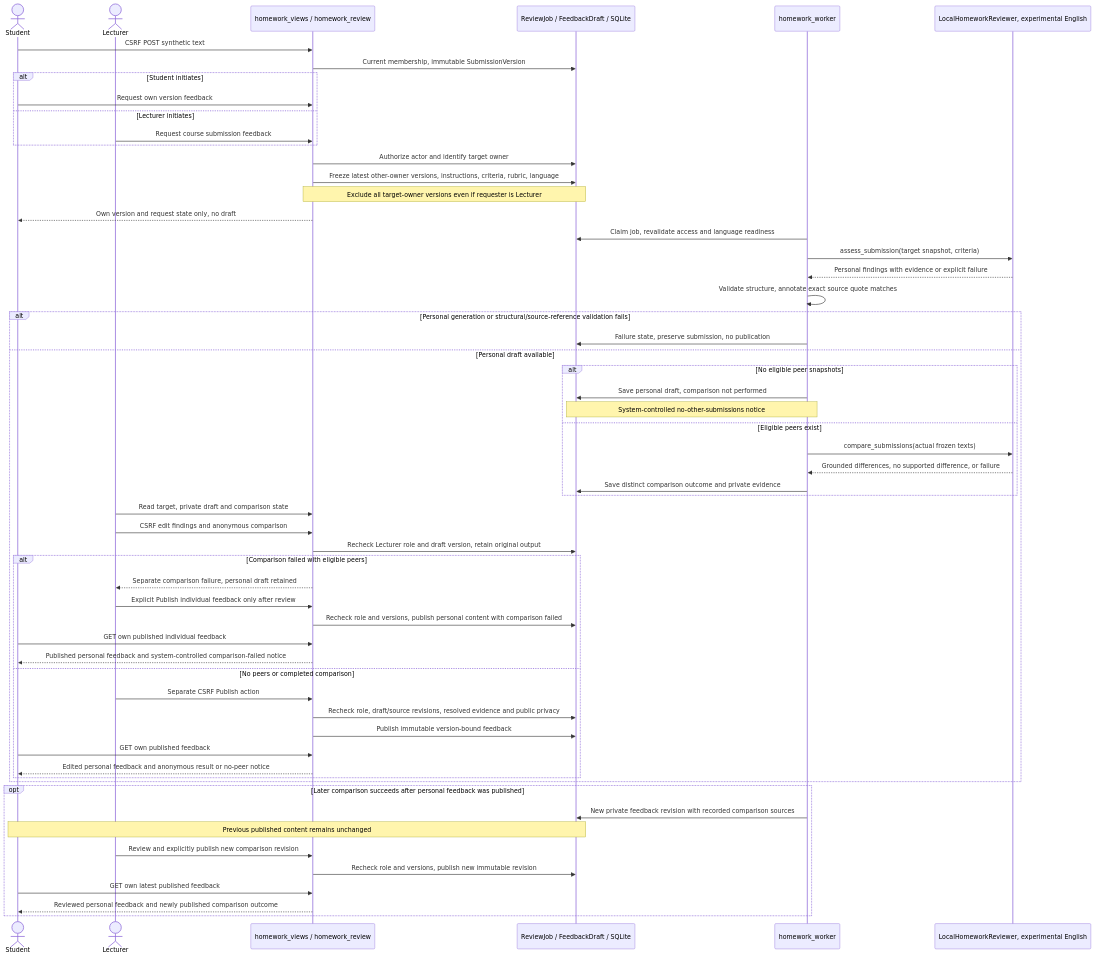
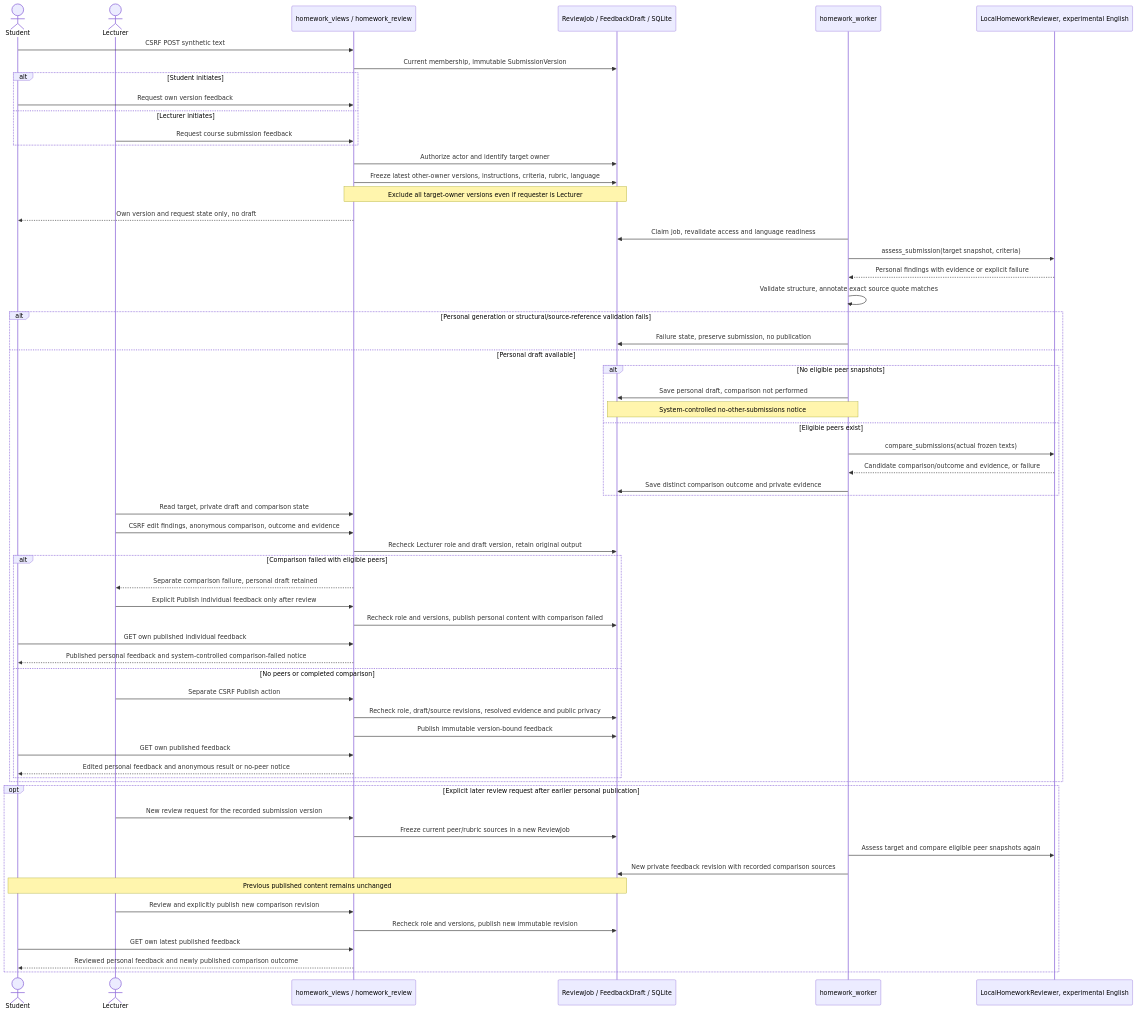
Before and after one commit to itavs/TeachingTool-Ex2: the sixth of 7 diagrams in docs/architecture.md, drawn with Mermaid. The commit also changed other lines of this file and 8 other files, not shown here.

````diff
--- a/docs/architecture.md
+++ b/docs/architecture.md
@@ -494,60 +519,63 @@
 ```mermaid
 sequenceDiagram
     actor S as Student
     actor L as Lecturer
     participant V as homework_views / homework_review
     participant DB as ReviewJob / FeedbackDraft / SQLite
     participant W as homework_worker
     participant AI as LocalHomeworkReviewer, experimental English
     S->>V: CSRF POST synthetic text
     V->>DB: Current membership, immutable SubmissionVersion
     alt Student initiates
         S->>V: Request own version feedback
     else Lecturer initiates
         L->>V: Request course submission feedback
     end
     V->>DB: Authorize actor and identify target owner
     V->>DB: Freeze latest other-owner versions, instructions, criteria, rubric, language
     Note over V,DB: Exclude all target-owner versions even if requester is Lecturer
     V-->>S: Own version and request state only, no draft
     W->>DB: Claim job, revalidate access and language readiness
     W->>AI: assess_submission(target snapshot, criteria)
     AI-->>W: Personal findings with evidence or explicit failure
     W->>W: Validate structure, annotate exact source quote matches
     alt Personal generation or structural/source-reference validation fails
         W->>DB: Failure state, preserve submission, no publication
     else Personal draft available
         alt No eligible peer snapshots
             W->>DB: Save personal draft, comparison not performed
             Note over W,DB: System-controlled no-other-submissions notice
         else Eligible peers exist
             W->>AI: compare_submissions(actual frozen texts)
-            AI-->>W: Grounded differences, no supported difference, or failure
+            AI-->>W: Candidate comparison/outcome and evidence, or failure
             W->>DB: Save distinct comparison outcome and private evidence
         end
         L->>V: Read target, private draft and comparison state
-        L->>V: CSRF edit findings and anonymous comparison
+        L->>V: CSRF edit findings, anonymous comparison, outcome and evidence
         V->>DB: Recheck Lecturer role and draft version, retain original output
         alt Comparison failed with eligible peers
             V-->>L: Separate comparison failure, personal draft retained
             L->>V: Explicit Publish individual feedback only after review
             V->>DB: Recheck role and versions, publish personal content with comparison failed
             S->>V: GET own published individual feedback
             V-->>S: Published personal feedback and system-controlled comparison-failed notice
         else No peers or completed comparison
             L->>V: Separate CSRF Publish action
             V->>DB: Recheck role, draft/source revisions, resolved evidence and public privacy
             V->>DB: Publish immutable version-bound feedback
             S->>V: GET own published feedback
             V-->>S: Edited personal feedback and anonymous result or no-peer notice
         end
     end
-    opt Later comparison succeeds after personal feedback was published
+    opt Explicit later review request after earlier personal publication
+        L->>V: New review request for the recorded submission version
+        V->>DB: Freeze current peer/rubric sources in a new ReviewJob
+        W->>AI: Assess target and compare eligible peer snapshots again
         W->>DB: New private feedback revision with recorded comparison sources
         Note over S,DB: Previous published content remains unchanged
         L->>V: Review and explicitly publish new comparison revision
         V->>DB: Recheck role and versions, publish new immutable revision
         S->>V: GET own latest published feedback
         V-->>S: Reviewed personal feedback and newly published comparison outcome
     end
 ```
````
